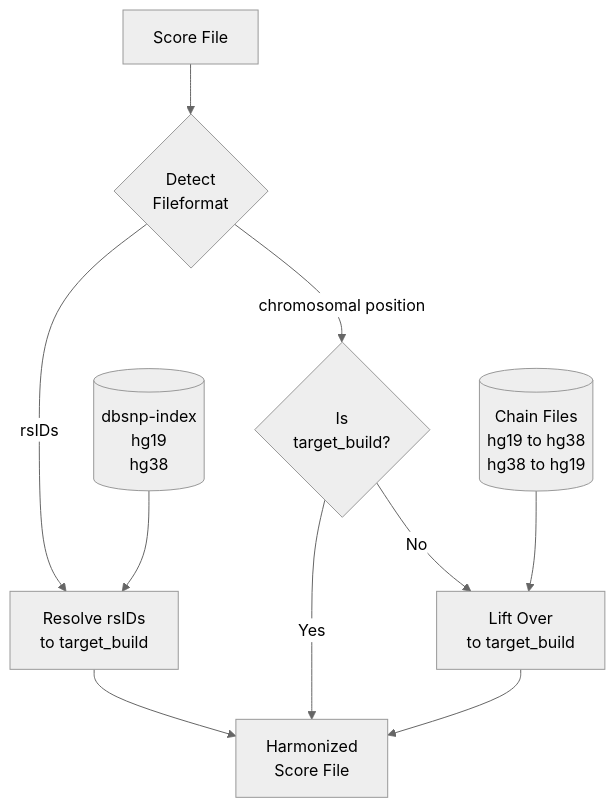
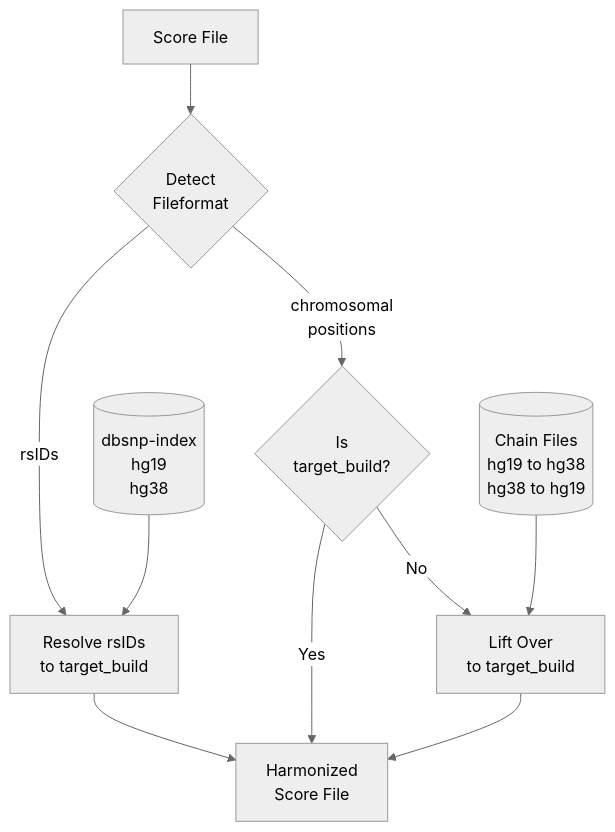
Before and after one commit to lukfor/pgs-catalog-harmoniser: the diagram in README.md, drawn with Mermaid (neutral theme). The commit also changed other lines of this file, not shown here.

Commit message:
Fix more typos

````diff
--- a/README.md
+++ b/README.md
@@ -10,12 +10,12 @@
 ```mermaid
 graph TD
     INPUT[Score File] -->FILEFORMAT{Detect<br>Fileformat}
     FILEFORMAT -- rsIDs --> RESOLVE[Resolve rsIDs<br>to target_build]
     INDEX[(dbsnp-index<br>hg19<br>hg38)] --> RESOLVE
     RESOLVE --> DONE[Harmonized<br>Score File]
-    FILEFORMAT -- chromosomal position --> D{Is<br>target_build?}
+    FILEFORMAT -- chromosomal<br>positions --> D{Is<br>target_build?}
     D -- Yes --> DONE
     D -- No --> LIFTOVER[Lift Over<br>to target_build]
     CHAIN[(Chain Files<br>hg19 to hg38<br>hg38 to hg19)] --> LIFTOVER
     LIFTOVER --> DONE
 ```
````
